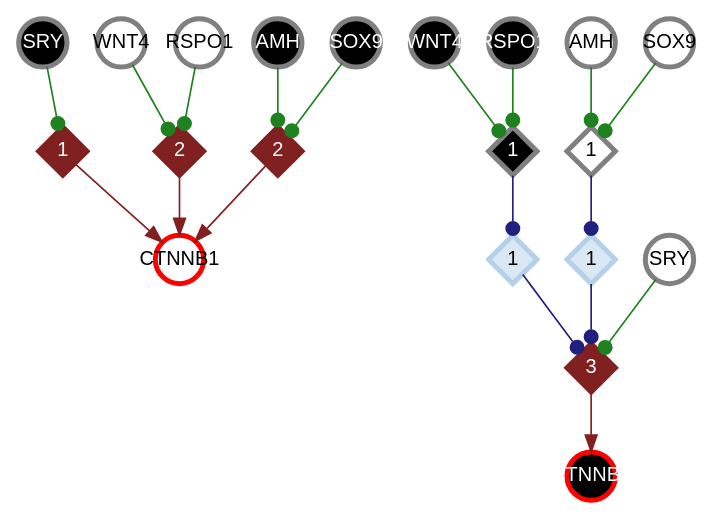
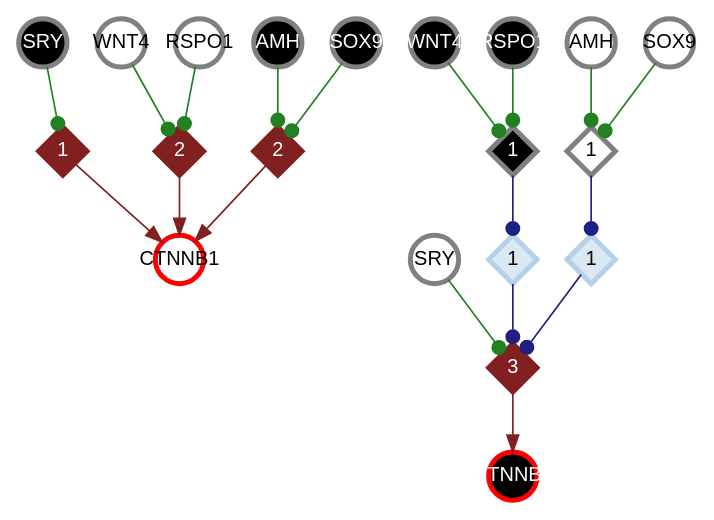
One commit to CASCI-lab/CANA changed the diagram in dev/logs/cm_roundtrip_figures/canonical_CTNNB1.gv. Above: the diagram before and after it, drawn with Graphviz. The commit also changed 19 other files, not shown here.

```diff
--- a/dev/logs/cm_roundtrip_figures/canonical_CTNNB1.gv
+++ b/dev/logs/cm_roundtrip_figures/canonical_CTNNB1.gv
@@ -1,43 +1,43 @@
 digraph {
 	graph [overlap=false]
 	node [color=gray fixedsize=true fontcolor=black fontname=helvetica fontsize=12 penwidth=3 shape=circle style=filled width=.4]
 	edge [arrowhead=dot arrowsize=1 color=gray]
 	"var-0-out-0" [label=CTNNB1 color=red fillcolor=white fontcolor=black]
 	"var-0-out-1" [label=CTNNB1 color=red fillcolor=black fontcolor=white]
-	"thr-0" [label=1 color="#812020" fillcolor="#812020" fontcolor=white height=.4 shape=diamond style="filled,solid" width=.4]
-	"thr-1" [label=2 color="#812020" fillcolor="#812020" fontcolor=white height=.4 shape=diamond style="filled,solid" width=.4]
-	"thr-2" [label=2 color="#812020" fillcolor="#812020" fontcolor=white height=.4 shape=diamond style="filled,solid" width=.4]
+	"thr-0-var-0-out-0" [label=1 color="#812020" fillcolor="#812020" fontcolor=white height=.4 shape=diamond style="filled,solid" width=.4]
 	"var-1-out-1" [label=SRY color=gray fillcolor=black fontcolor=white]
+	"thr-1-var-0-out-0" [label=2 color="#812020" fillcolor="#812020" fontcolor=white height=.4 shape=diamond style="filled,solid" width=.4]
 	"var-2-out-0" [label=WNT4 color=gray fillcolor=white fontcolor=black]
 	"var-3-out-0" [label=RSPO1 color=gray fillcolor=white fontcolor=black]
+	"thr-2-var-0-out-0" [label=2 color="#812020" fillcolor="#812020" fontcolor=white height=.4 shape=diamond style="filled,solid" width=.4]
 	"var-4-out-1" [label=AMH color=gray fillcolor=black fontcolor=white]
 	"var-5-out-1" [label=SOX9 color=gray fillcolor=black fontcolor=white]
-	"thr-3" [label=3 color="#812020" fillcolor="#812020" fontcolor=white height=.4 shape=diamond style="filled,solid" width=.4]
-	"thr-4" [label=1 color="#b5d1e9" fillcolor="#dae8f4" fontcolor=black height=.4 shape=diamond style="filled,solid" width=.4]
-	"thr-5" [label=1 color="#b5d1e9" fillcolor="#dae8f4" fontcolor=black height=.4 shape=diamond style="filled,solid" width=.4]
-	"thr-6" [label=1 color=gray fillcolor=black fontcolor=white height=.4 shape=diamond style="filled,solid" width=.4]
-	"thr-7" [label=1 color=gray fillcolor=white fontcolor=black height=.4 shape=diamond style="filled,solid" width=.4]
+	"thr-3-var-0-out-1" [label=3 color="#812020" fillcolor="#812020" fontcolor=white height=.4 shape=diamond style="filled,solid" width=.4]
 	"var-1-out-0" [label=SRY color=gray fillcolor=white fontcolor=black]
+	"thr-3-grp-0-sym-var-0-out-1" [label=1 color="#b5d1e9" fillcolor="#dae8f4" fontcolor=black height=.4 shape=diamond style="filled,solid" width=.4]
+	"thr-3-grp-0-pol-1-var-0-out-1" [label=1 color=gray fillcolor=black fontcolor=white height=.4 shape=diamond style="filled,solid" width=.4]
 	"var-2-out-1" [label=WNT4 color=gray fillcolor=black fontcolor=white]
 	"var-3-out-1" [label=RSPO1 color=gray fillcolor=black fontcolor=white]
+	"thr-3-grp-1-sym-var-0-out-1" [label=1 color="#b5d1e9" fillcolor="#dae8f4" fontcolor=black height=.4 shape=diamond style="filled,solid" width=.4]
+	"thr-3-grp-1-pol-0-var-0-out-1" [label=1 color=gray fillcolor=white fontcolor=black height=.4 shape=diamond style="filled,solid" width=.4]
 	"var-4-out-0" [label=AMH color=gray fillcolor=white fontcolor=black]
 	"var-5-out-0" [label=SOX9 color=gray fillcolor=white fontcolor=black]
-	"thr-0" -> "var-0-out-0" [arrowhead=normal color="#812020"]
-	"thr-1" -> "var-0-out-0" [arrowhead=normal color="#812020"]
-	"thr-2" -> "var-0-out-0" [arrowhead=normal color="#812020"]
-	"var-1-out-1" -> "thr-0" [arrowhead=dot color="#208120"]
-	"var-2-out-0" -> "thr-1" [arrowhead=dot color="#208120"]
-	"var-3-out-0" -> "thr-1" [arrowhead=dot color="#208120"]
-	"var-4-out-1" -> "thr-2" [arrowhead=dot color="#208120"]
-	"var-5-out-1" -> "thr-2" [arrowhead=dot color="#208120"]
-	"thr-3" -> "var-0-out-1" [arrowhead=normal color="#812020"]
-	"thr-4" -> "thr-3" [arrowhead=dot color="#202081"]
-	"thr-5" -> "thr-3" [arrowhead=dot color="#202081"]
-	"thr-6" -> "thr-4" [arrowhead=dot color="#202081"]
-	"thr-7" -> "thr-5" [arrowhead=dot color="#202081"]
-	"var-1-out-0" -> "thr-3" [arrowhead=dot color="#208120"]
-	"var-2-out-1" -> "thr-6" [arrowhead=dot color="#208120"]
-	"var-3-out-1" -> "thr-6" [arrowhead=dot color="#208120"]
-	"var-4-out-0" -> "thr-7" [arrowhead=dot color="#208120"]
-	"var-5-out-0" -> "thr-7" [arrowhead=dot color="#208120"]
+	"thr-0-var-0-out-0" -> "var-0-out-0" [arrowhead=normal color="#812020"]
+	"var-1-out-1" -> "thr-0-var-0-out-0" [arrowhead=dot color="#208120"]
+	"thr-1-var-0-out-0" -> "var-0-out-0" [arrowhead=normal color="#812020"]
+	"var-2-out-0" -> "thr-1-var-0-out-0" [arrowhead=dot color="#208120"]
+	"var-3-out-0" -> "thr-1-var-0-out-0" [arrowhead=dot color="#208120"]
+	"thr-2-var-0-out-0" -> "var-0-out-0" [arrowhead=normal color="#812020"]
+	"var-4-out-1" -> "thr-2-var-0-out-0" [arrowhead=dot color="#208120"]
+	"var-5-out-1" -> "thr-2-var-0-out-0" [arrowhead=dot color="#208120"]
+	"thr-3-var-0-out-1" -> "var-0-out-1" [arrowhead=normal color="#812020"]
+	"var-1-out-0" -> "thr-3-var-0-out-1" [arrowhead=dot color="#208120"]
+	"thr-3-grp-0-sym-var-0-out-1" -> "thr-3-var-0-out-1" [arrowhead=dot color="#202081"]
+	"thr-3-grp-0-pol-1-var-0-out-1" -> "thr-3-grp-0-sym-var-0-out-1" [arrowhead=dot color="#202081"]
+	"var-2-out-1" -> "thr-3-grp-0-pol-1-var-0-out-1" [arrowhead=dot color="#208120"]
+	"var-3-out-1" -> "thr-3-grp-0-pol-1-var-0-out-1" [arrowhead=dot color="#208120"]
+	"thr-3-grp-1-sym-var-0-out-1" -> "thr-3-var-0-out-1" [arrowhead=dot color="#202081"]
+	"thr-3-grp-1-pol-0-var-0-out-1" -> "thr-3-grp-1-sym-var-0-out-1" [arrowhead=dot color="#202081"]
+	"var-4-out-0" -> "thr-3-grp-1-pol-0-var-0-out-1" [arrowhead=dot color="#208120"]
+	"var-5-out-0" -> "thr-3-grp-1-pol-0-var-0-out-1" [arrowhead=dot color="#208120"]
 }
```
